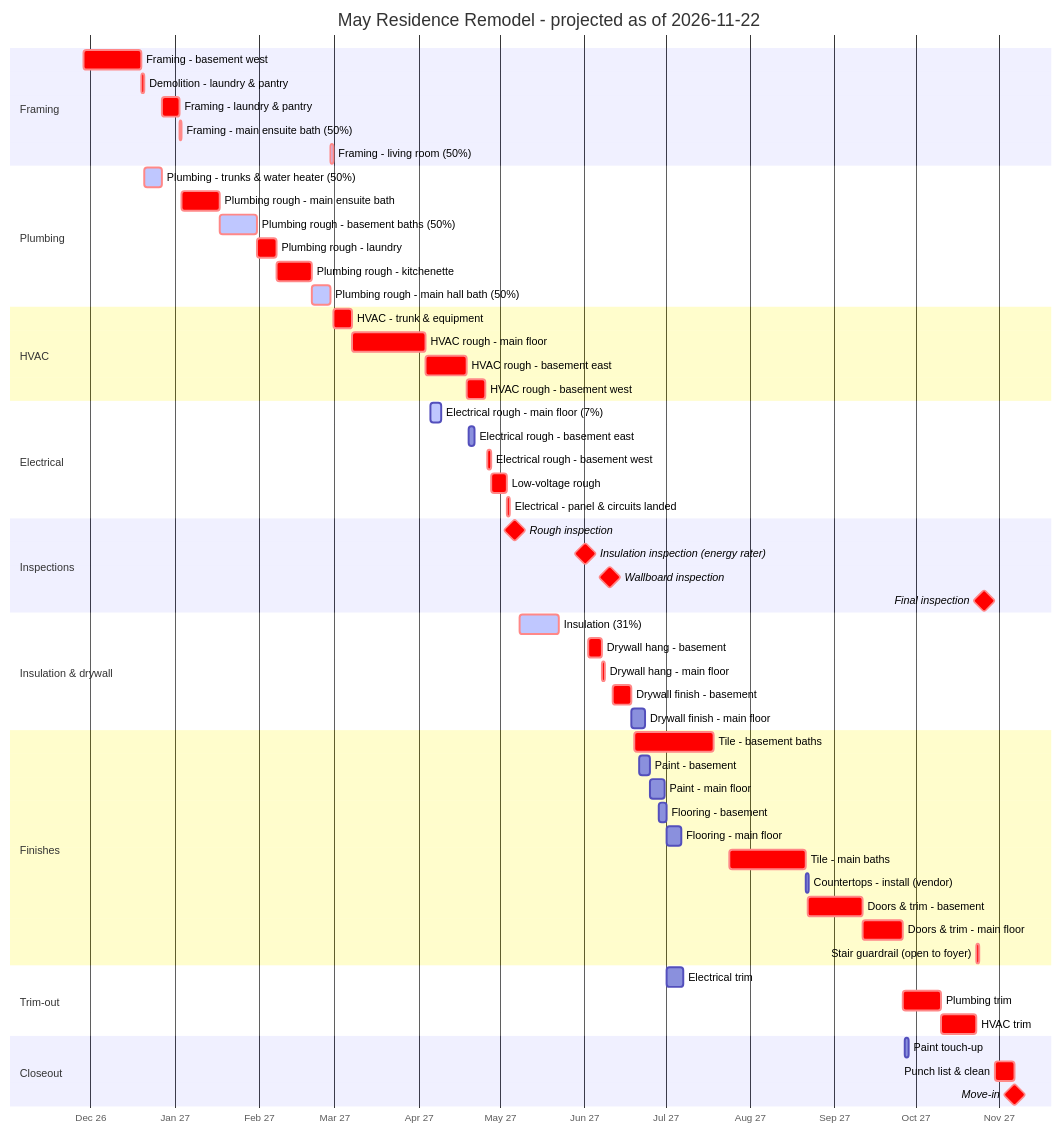
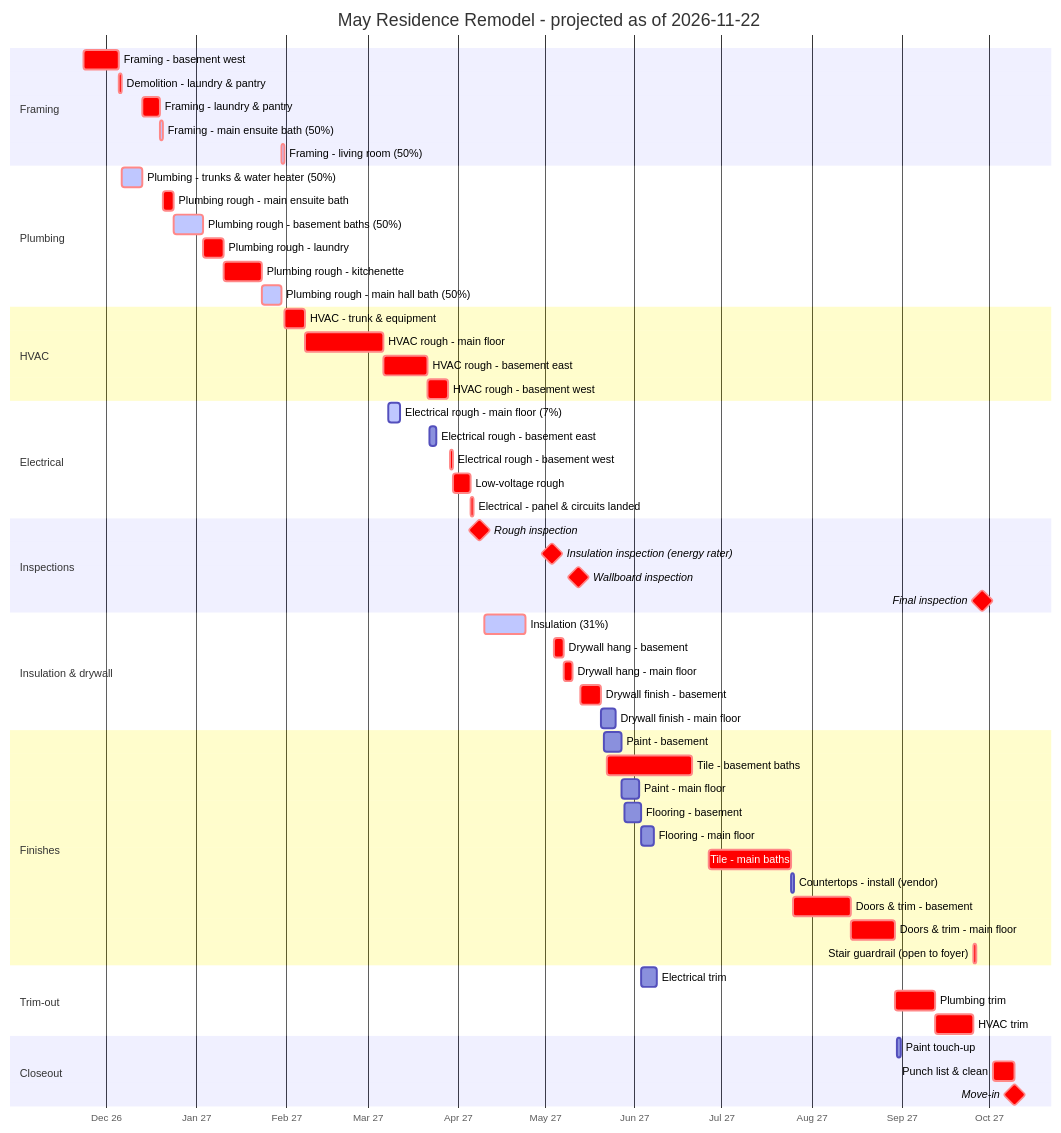
Before and after one commit to jsharkey/billings: the diagram in SCHEDULE.md, drawn with Mermaid. The commit also changed other lines of this file and 2 other files, not shown here.

````diff
--- a/SCHEDULE.md
+++ b/SCHEDULE.md
@@ -17,62 +17,62 @@
 ```mermaid
 gantt
     title May Residence Remodel - projected as of 2026-11-22
     dateFormat YYYY-MM-DD HH:mm
     axisFormat %b %y
     tickInterval 1month
     todayMarker off
     section Framing
-    Framing - basement west :crit, fram_bsmt_west, 2026-11-28 08:00, 2026-12-19 11:48
-    Demolition - laundry & pantry :crit, demo_main_laundry, 2026-12-19 11:48, 2026-12-20 13:48
-    Framing - laundry & pantry :crit, fram_main_laundry, 2026-12-27 09:48, 2027-01-02 15:48
-    Framing - main ensuite bath (50%) :active, crit, fram_main_s_bath, 2027-01-02 15:48, 2027-01-03 13:24
-    Framing - living room (50%) :active, crit, fram_main_living, 2027-02-27 10:24, 2027-02-28 10:48
+    Framing - basement west :crit, fram_bsmt_west, 2026-11-23 08:00, 2026-12-05 11:48
+    Demolition - laundry & pantry :crit, demo_main_laundry, 2026-12-05 11:48, 2026-12-06 13:48
+    Framing - laundry & pantry :crit, fram_main_laundry, 2026-12-13 09:48, 2026-12-19 15:48
+    Framing - main ensuite bath (50%) :active, crit, fram_main_s_bath, 2026-12-19 15:48, 2026-12-20 13:24
+    Framing - living room (50%) :active, crit, fram_main_living, 2027-01-30 10:24, 2027-01-31 10:48
     section Plumbing
-    Plumbing - trunks & water heater (50%) :active, crit, plum_house, 2026-12-20 13:48, 2026-12-27 09:48
-    Plumbing rough - main ensuite bath :crit, plum_main_s_bath, 2027-01-03 13:24, 2027-01-17 11:24
-    Plumbing rough - basement baths (50%) :active, crit, plum_bsmt_baths, 2027-01-17 11:24, 2027-01-31 09:24
-    Plumbing rough - laundry :crit, plum_main_laundry, 2027-01-31 09:24, 2027-02-07 15:24
-    Plumbing rough - kitchenette :crit, plum_bsmt_kitchenette, 2027-02-07 15:24, 2027-02-20 13:24
-    Plumbing rough - main hall bath (50%) :active, crit, plum_main_n_bath, 2027-02-20 13:24, 2027-02-27 10:24
+    Plumbing - trunks & water heater (50%) :active, crit, plum_house, 2026-12-06 13:48, 2026-12-13 09:48
+    Plumbing rough - main ensuite bath :crit, plum_main_s_bath, 2026-12-20 13:24, 2026-12-24 11:24
+    Plumbing rough - basement baths (50%) :active, crit, plum_bsmt_baths, 2026-12-24 11:24, 2027-01-03 09:24
+    Plumbing rough - laundry :crit, plum_main_laundry, 2027-01-03 09:24, 2027-01-10 15:24
+    Plumbing rough - kitchenette :crit, plum_bsmt_kitchenette, 2027-01-10 15:24, 2027-01-23 13:24
+    Plumbing rough - main hall bath (50%) :active, crit, plum_main_n_bath, 2027-01-23 13:24, 2027-01-30 10:24
     section HVAC
-    HVAC - trunk & equipment :crit, hvac_house, 2027-02-28 10:48, 2027-03-07 10:48
-    HVAC rough - main floor :crit, hvac_main, 2027-03-07 10:48, 2027-04-03 14:48
-    HVAC rough - basement east :crit, hvac_bsmt_east, 2027-04-03 14:48, 2027-04-18 14:48
-    HVAC rough - basement west :crit, hvac_bsmt_west, 2027-04-18 14:48, 2027-04-25 14:48
+    HVAC - trunk & equipment :crit, hvac_house, 2027-01-31 10:48, 2027-02-07 10:48
+    HVAC rough - main floor :crit, hvac_main, 2027-02-07 10:48, 2027-03-06 14:48
+    HVAC rough - basement east :crit, hvac_bsmt_east, 2027-03-06 14:48, 2027-03-21 14:48
+    HVAC rough - basement west :crit, hvac_bsmt_west, 2027-03-21 14:48, 2027-03-28 14:48
     section Electrical
-    Electrical rough - main floor (7%) :active, elec_main, 2027-04-05 08:00, 2027-04-09 08:24
-    Electrical rough - basement east :elec_bsmt_east, 2027-04-19 08:00, 2027-04-21 14:00
-    Electrical rough - basement west :crit, elec_bsmt_west, 2027-04-26 08:00, 2027-04-27 14:48
-    Low-voltage rough :crit, lowv_all, 2027-04-27 14:48, 2027-05-03 08:48
-    Electrical - panel & circuits landed :crit, elec_panel, 2027-05-03 08:48, 2027-05-04 12:48
+    Electrical rough - main floor (7%) :active, elec_main, 2027-03-08 08:00, 2027-03-12 08:24
+    Electrical rough - basement east :elec_bsmt_east, 2027-03-22 08:00, 2027-03-24 14:00
+    Electrical rough - basement west :crit, elec_bsmt_west, 2027-03-29 08:00, 2027-03-30 14:48
+    Low-voltage rough :crit, lowv_all, 2027-03-30 14:48, 2027-04-05 08:48
+    Electrical - panel & circuits landed :crit, elec_panel, 2027-04-05 08:48, 2027-04-06 12:48
     section Inspections
-    Rough inspection :milestone, crit, insp_rough, 2027-05-06 12:00, 0d
-    Insulation inspection (energy rater) :milestone, crit, insp_insl, 2027-06-01 12:00, 0d
-    Wallboard inspection :milestone, crit, insp_board, 2027-06-10 12:00, 0d
-    Final inspection :milestone, crit, insp_final, 2027-10-26 12:00, 0d
+    Rough inspection :milestone, crit, insp_rough, 2027-04-08 12:00, 0d
+    Insulation inspection (energy rater) :milestone, crit, insp_insl, 2027-05-03 12:00, 0d
+    Wallboard inspection :milestone, crit, insp_board, 2027-05-12 12:00, 0d
+    Final inspection :milestone, crit, insp_final, 2027-09-28 12:00, 0d
     section Insulation & drywall
-    Insulation (31%) :active, crit, insl_all, 2027-05-08 08:00, 2027-05-22 12:00
-    Drywall hang - basement :crit, dryw_hang_bsmt, 2027-06-02 08:00, 2027-06-07 09:46
-    Drywall hang - main floor :crit, dryw_hang_main, 2027-06-07 09:46, 2027-06-08 13:10
-    Drywall finish - basement :crit, dryw_fin_bsmt, 2027-06-11 08:00, 2027-06-18 12:10
-    Drywall finish - main floor :dryw_fin_main, 2027-06-18 12:10, 2027-06-23 09:46
+    Insulation (31%) :active, crit, insl_all, 2027-04-10 08:00, 2027-04-24 12:00
+    Drywall hang - basement :crit, dryw_hang_bsmt, 2027-05-04 08:00, 2027-05-07 09:46
+    Drywall hang - main floor :crit, dryw_hang_main, 2027-05-07 09:46, 2027-05-10 13:10
+    Drywall finish - basement :crit, dryw_fin_bsmt, 2027-05-13 08:00, 2027-05-20 12:10
+    Drywall finish - main floor :dryw_fin_main, 2027-05-20 12:10, 2027-05-25 09:46
     section Finishes
-    Tile - basement baths :crit, tile_bsmt_baths, 2027-06-19 08:00, 2027-07-18 16:00
-    Paint - basement :pant_bsmt, 2027-06-21 08:00, 2027-06-25 08:02
-    Paint - main floor :pant_main, 2027-06-25 08:02, 2027-06-30 15:22
-    Flooring - basement :flor_bsmt, 2027-06-28 08:00, 2027-07-01 08:38
-    Flooring - main floor :flor_main, 2027-07-01 08:38, 2027-07-06 16:00
-    Tile - main baths :crit, tile_main_baths, 2027-07-24 08:00, 2027-08-21 16:00
-    Countertops - install (vendor) :ctop_install, 2027-08-21 16:00, 2027-08-22 16:00
-    Doors & trim - basement :crit, trim_bsmt, 2027-08-22 08:00, 2027-09-11 12:10
-    Doors & trim - main floor :crit, trim_main, 2027-09-11 12:10, 2027-09-26 13:55
-    Stair guardrail (open to foyer) :crit, rail_stair, 2027-10-23 09:55, 2027-10-24 13:55
+    Paint - basement :pant_bsmt, 2027-05-21 08:00, 2027-05-27 08:02
+    Tile - basement baths :crit, tile_bsmt_baths, 2027-05-22 08:00, 2027-06-20 16:00
+    Paint - main floor :pant_main, 2027-05-27 08:02, 2027-06-02 15:22
+    Flooring - basement :flor_bsmt, 2027-05-28 08:00, 2027-06-03 08:38
+    Flooring - main floor :flor_main, 2027-06-03 08:38, 2027-06-07 16:00
+    Tile - main baths :crit, tile_main_baths, 2027-06-26 08:00, 2027-07-24 16:00
+    Countertops - install (vendor) :ctop_install, 2027-07-24 16:00, 2027-07-25 16:00
+    Doors & trim - basement :crit, trim_bsmt, 2027-07-25 08:00, 2027-08-14 12:10
+    Doors & trim - main floor :crit, trim_main, 2027-08-14 12:10, 2027-08-29 13:55
+    Stair guardrail (open to foyer) :crit, rail_stair, 2027-09-25 09:55, 2027-09-26 13:55
     section Trim-out
-    Electrical trim :elec_trim, 2027-07-01 08:00, 2027-07-07 15:36
-    Plumbing trim :crit, plum_trim, 2027-09-26 13:55, 2027-10-10 09:55
-    HVAC trim :crit, hvac_trim, 2027-10-10 09:55, 2027-10-23 09:55
+    Electrical trim :elec_trim, 2027-06-03 08:00, 2027-06-08 15:36
+    Plumbing trim :crit, plum_trim, 2027-08-29 13:55, 2027-09-12 09:55
+    HVAC trim :crit, hvac_trim, 2027-09-12 09:55, 2027-09-25 09:55
     section Closeout
-    Paint touch-up :pant_touchup, 2027-09-27 08:00, 2027-09-28 16:00
-    Punch list & clean :crit, punch_clean, 2027-10-30 08:00, 2027-11-06 16:00
-    Move-in :milestone, crit, mile_movein, 2027-11-06 16:00, 0d
+    Paint touch-up :pant_touchup, 2027-08-30 08:00, 2027-08-31 16:00
+    Punch list & clean :crit, punch_clean, 2027-10-02 08:00, 2027-10-09 16:00
+    Move-in :milestone, crit, mile_movein, 2027-10-09 16:00, 0d
 ```
````
